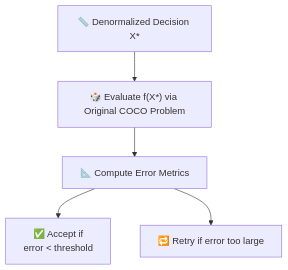
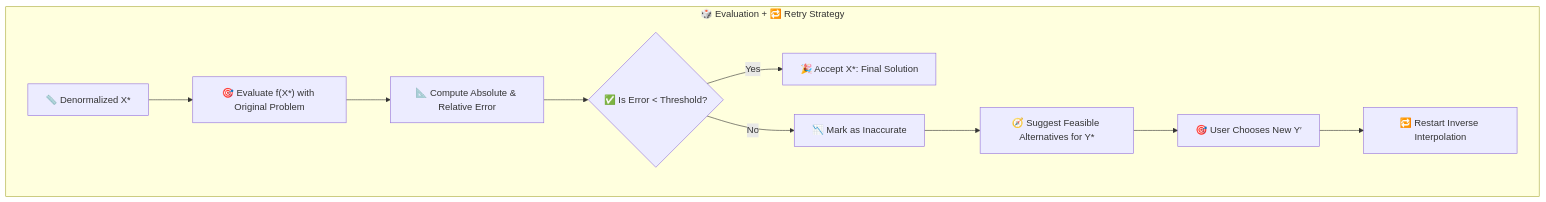
The fourth of 5 diagrams in docs/catalog-of-terms/process/generatingNewData.md (Nicola-Ibrahim/Tracing-Objectives-Backwards), drawn with Mermaid before and after one commit. The commit also changed other lines of this file, not shown here.

Commit message:
refactor: Enhance generatingNewData documentation; improve flowcharts and clarity of processes

````diff
--- a/docs/catalog-of-terms/process/generatingNewData.md
+++ b/docs/catalog-of-terms/process/generatingNewData.md
@@ -106,8 +115,20 @@
 ```mermaid
-graph TD
-  A["📏 Denormalized Decision X*"] --> B["🎲 Evaluate f(X*) via Original COCO Problem"]
-  B --> C["📐 Compute Error Metrics"]
-  C --> D["✅ Accept if 
-        error < threshold"]
-  C --> E["🔁 Retry if error too large"]
+flowchart TD
+
+  subgraph "🎲 Evaluation + 🔁 Retry Strategy"
+
+    A["📏 Denormalized X*"] --> B["🎯 Evaluate f(X*) with Original Problem"]
+    B --> C["📐 Compute Absolute & Relative Error"]
+    C --> D{"✅ Is Error < Threshold?"}
+
+    D -->|Yes| E["🎉 Accept X*: Final Solution"]
+
+    D -->|No| F["📉 Mark as Inaccurate"]
+    F --> G["🧭 Suggest Feasible Alternatives for Y*"]
+    G --> H["🎯 User Chooses New Y′"]
+    H --> I["🔁 Restart Inverse Interpolation"]
+
+  end
+
+
 ```
````
